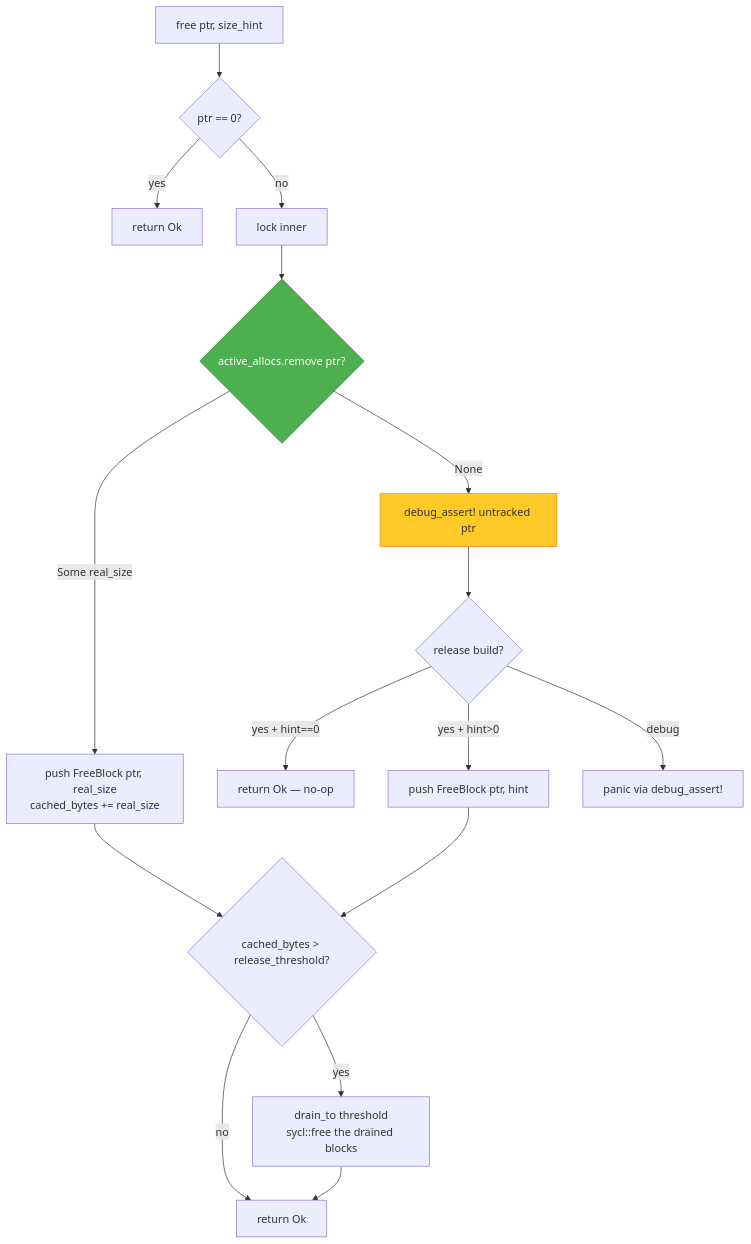
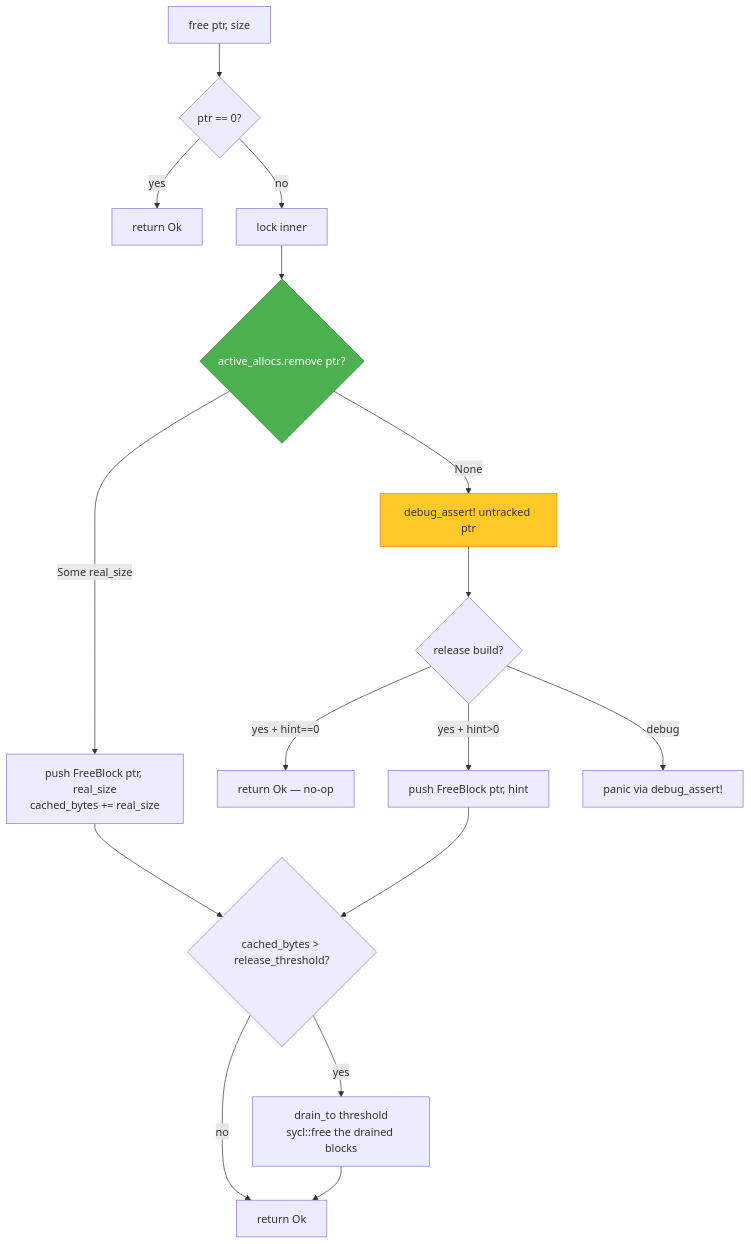
The second of 3 diagrams in lib/memory/docs/sycl_pool_and_numa.md (ai-dynamo/dynamo), drawn with Mermaid before and after one commit. The commit also changed other lines of this file and 1 other file, not shown here.

````diff
--- a/lib/memory/docs/sycl_pool_and_numa.md
+++ b/lib/memory/docs/sycl_pool_and_numa.md
@@ -70,25 +73,25 @@
 ```mermaid
 flowchart TD
-    START["free ptr, size_hint"] --> NULL{ptr == 0?}
+    START["free ptr, size"] --> NULL{ptr == 0?}
     NULL -- yes --> OK[return Ok]
     NULL -- no --> LOCK[lock inner]
     LOCK --> LOOKUP{active_allocs.remove ptr?}
 
     LOOKUP -- Some real_size --> PUSH[push FreeBlock ptr, real_size<br/>cached_bytes += real_size]
     LOOKUP -- None --> DA["debug_assert! untracked ptr"]
     DA --> FALLBACK{release build?}
     FALLBACK -- yes + hint==0 --> OK2[return Ok — no-op]
     FALLBACK -- yes + hint>0  --> PUSH2[push FreeBlock ptr, hint]
     FALLBACK -- debug --> PANIC[panic via debug_assert!]
 
     PUSH --> DRAIN
     PUSH2 --> DRAIN
     DRAIN{cached_bytes > release_threshold?}
     DRAIN -- yes --> PULL[drain_to threshold<br/>sycl::free the drained blocks]
     DRAIN -- no --> DONE
     PULL --> DONE
     DONE[return Ok]
 
     style LOOKUP fill:#4caf50,stroke:#2e7d32,color:#fff
     style DA fill:#ffca28,stroke:#f57f17
 ```
````
